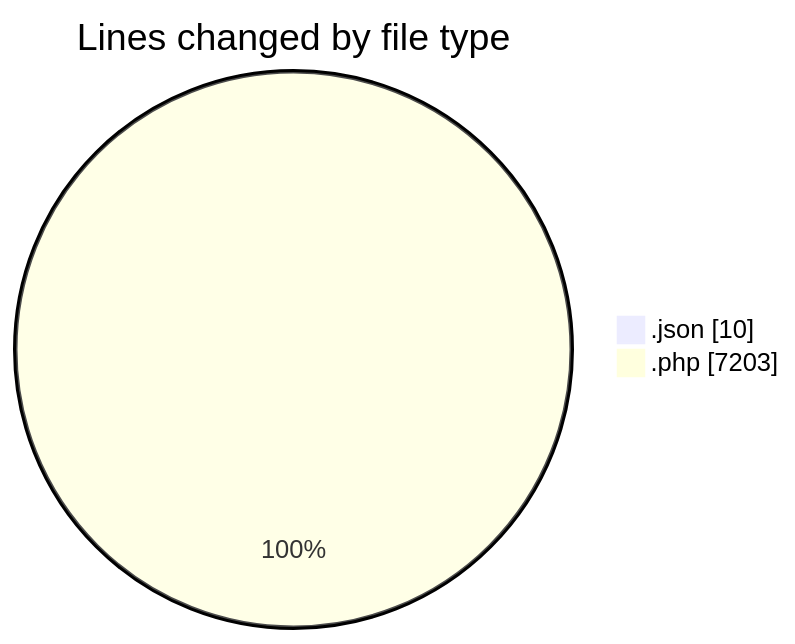
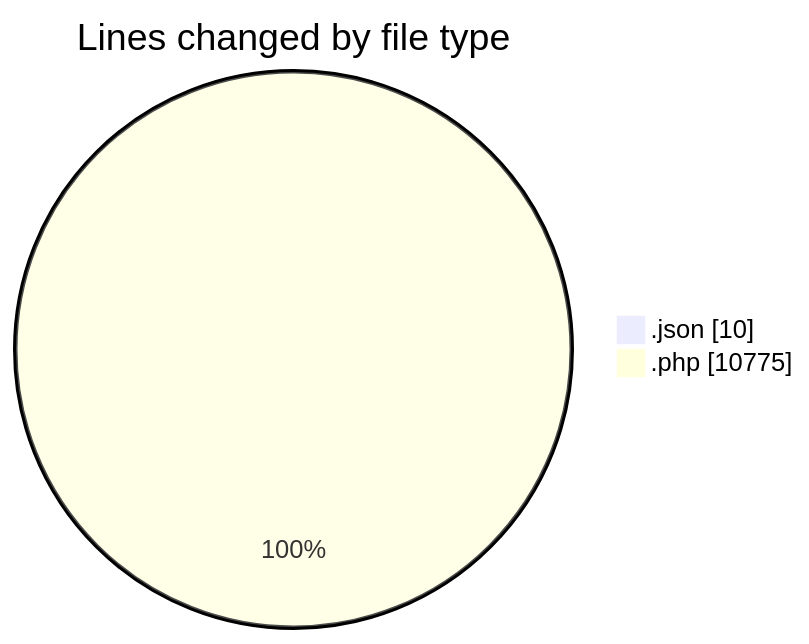
The first of 2 diagrams in 2025-10-16/untitled__workspace_/README.md (debugP/code-tracking), drawn with Mermaid before and after one commit. The commit also changed other lines of this file and 1 other file, not shown here.

````diff
--- a/2025-10-16/untitled__workspace_/README.md
+++ b/2025-10-16/untitled__workspace_/README.md
@@ -22,6 +22,6 @@
 ```mermaid
 pie showData
 title Lines changed by file type
 ".json" : 10
-".php" : 7203
+".php" : 10775
 ```
````
